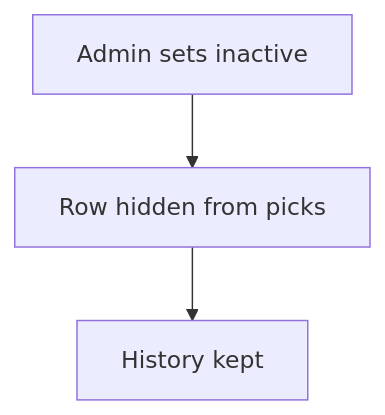
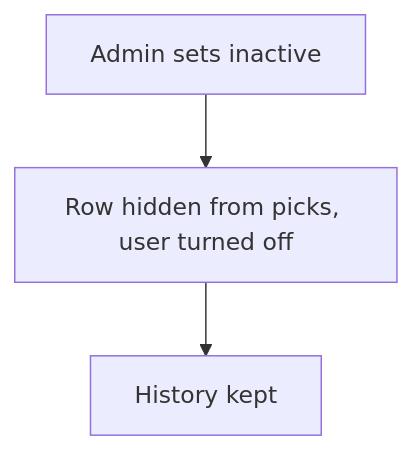
Before and after one commit to AadityaParmar/studio-agent: the diagram in neome-studio/reference/template-bank/patterns/PAT-soft-disable-by-status.md, drawn with Mermaid. The commit also changed other lines of this file and 94 other files, not shown here.

````diff
--- a/neome-studio/reference/template-bank/patterns/PAT-soft-disable-by-status.md
+++ b/neome-studio/reference/template-bank/patterns/PAT-soft-disable-by-status.md
@@ -31,8 +40,8 @@
 ```mermaid
 flowchart TD
   A["Admin sets inactive"]
-  B["Row hidden from picks"]
+  B["Row hidden from picks, user turned off"]
   C["History kept"]
   A --> B
   B --> C
 ```
````
